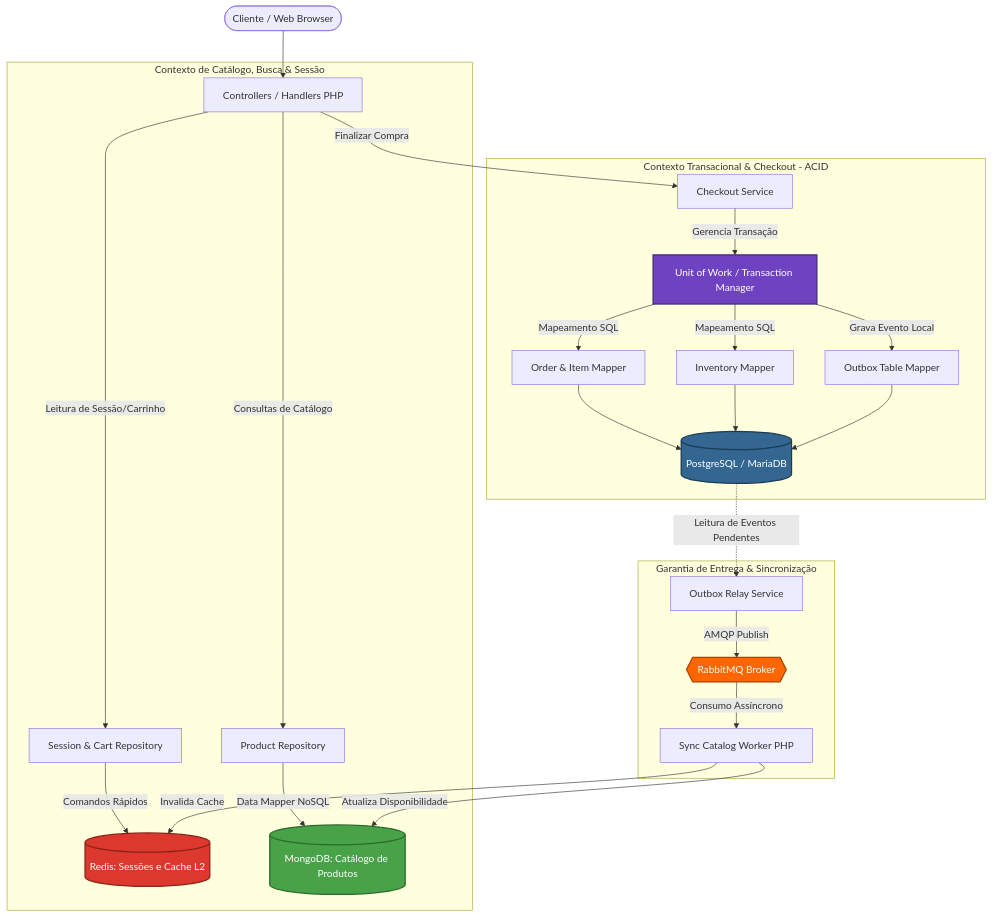
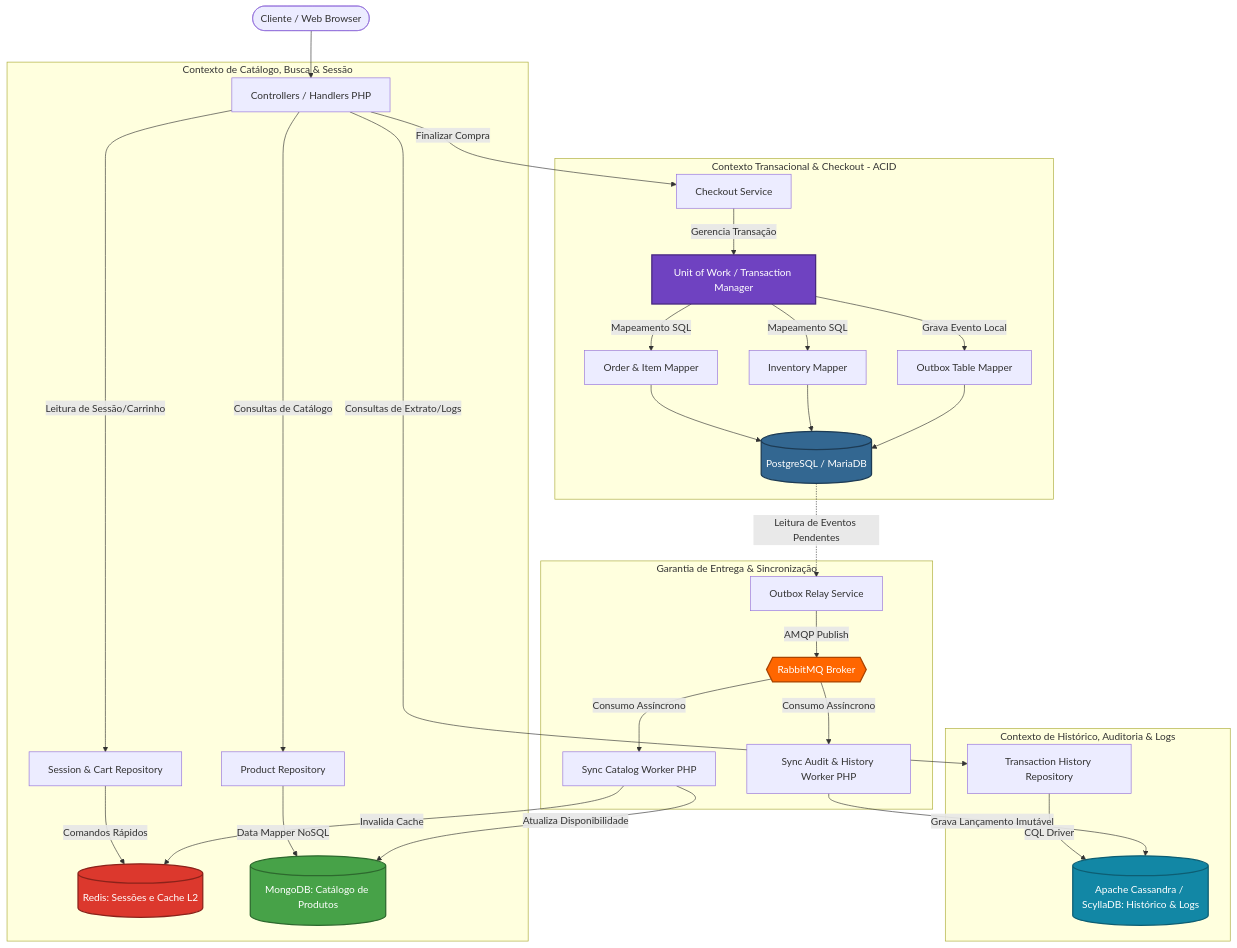
The diagram in databases/boas-praticas-uso-bd.md (Wattrelos/Tutoriais), drawn with Mermaid before and after one commit. The commit also changed other lines of this file and 3 other files, not shown here.

Commit message:
docs: add Apache Cassandra best practices tutorial, architectural decision records, and update polyglot architecture guide

````diff
--- a/databases/boas-praticas-uso-bd.md
+++ b/databases/boas-praticas-uso-bd.md
@@ -251,44 +347,53 @@
 ```mermaid
 graph TD
     %% Entradas
     Client([Cliente / Web Browser]) --> Controllers[Controllers / Handlers PHP]
 
     %% Contexto do Catálogo & Sessão
     subgraph Context_Catalogo [Contexto de Catálogo, Busca & Sessão]
         Controllers -->|Leitura de Sessão/Carrinho| SessionRepo[Session & Cart Repository]
         Controllers -->|Consultas de Catálogo| ProductRepo[Product Repository]
 
         SessionRepo -->|Comandos Rápidos| Redis[(Redis: Sessões e Cache L2)]
         ProductRepo -->|Data Mapper NoSQL| MongoDB[(MongoDB: Catálogo de Produtos)]
     end
 
     %% Contexto Transacional
     subgraph Context_Vendas [Contexto Transacional & Checkout - ACID]
         Controllers -->|Finalizar Compra| CheckoutService[Checkout Service]
         CheckoutService -->|Gerencia Transação| UoW[Unit of Work / Transaction Manager]
 
         UoW -->|Mapeamento SQL| OrderMapper[Order & Item Mapper]
         UoW -->|Mapeamento SQL| InventoryMapper[Inventory Mapper]
         UoW -->|Grava Evento Local| OutboxMapper[Outbox Table Mapper]
 
         OrderMapper --> PostgreSQL[(PostgreSQL / MariaDB)]
         InventoryMapper --> PostgreSQL
         OutboxMapper --> PostgreSQL
     end
 
+    %% Contexto de Histórico & Auditoria
+    subgraph Context_Historico [Contexto de Histórico, Auditoria & Logs]
+        Controllers -->|Consultas de Extrato/Logs| HistoryRepo[Transaction History Repository]
+        HistoryRepo -->|CQL Driver| Cassandra[(Apache Cassandra / ScyllaDB: Histórico & Logs)]
+    end
+
     %% Mensageria e Sincronização Assíncrona
     subgraph Mensageria_Assincrona [Garantia de Entrega & Sincronização]
         PostgreSQL -.->|Leitura de Eventos Pendentes| OutboxRelay[Outbox Relay Service]
         OutboxRelay -->|AMQP Publish| RabbitMQ{{RabbitMQ Broker}}
         RabbitMQ -->|Consumo Assíncrono| CatalogWorker[Sync Catalog Worker PHP]
+        RabbitMQ -->|Consumo Assíncrono| AuditWorker[Sync Audit & History Worker PHP]
         CatalogWorker -->|Atualiza Disponibilidade| MongoDB
         CatalogWorker -->|Invalida Cache| Redis
+        AuditWorker -->|Grava Lançamento Imutável| Cassandra
     end
 
     %% Estilos visuais
     style MongoDB fill:#47A248,stroke:#2d692e,stroke-width:2px,color:#fff
     style PostgreSQL fill:#336791,stroke:#1d3b54,stroke-width:2px,color:#fff
     style Redis fill:#DC382D,stroke:#8b221a,stroke-width:2px,color:#fff
+    style Cassandra fill:#1287A5,stroke:#0d5e73,stroke-width:2px,color:#fff
     style RabbitMQ fill:#FF6600,stroke:#aa4400,stroke-width:2px,color:#fff
     style UoW fill:#6f42c1,stroke:#482880,stroke-width:2px,color:#fff
 ```
````
